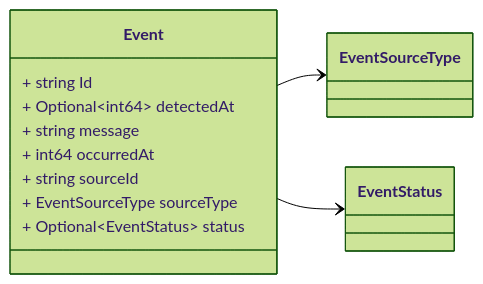
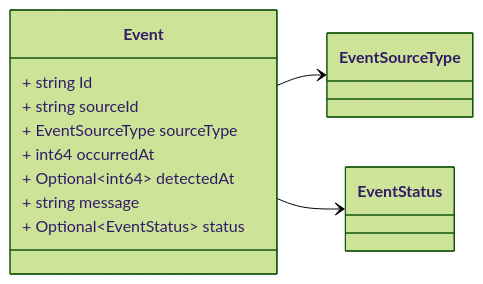
Before and after one commit to zaphiro-technologies/protobuf: the third of 3 diagrams in docs/event.proto.md, drawn with Mermaid (forest theme). The commit also changed other lines of this file and 12 other files, not shown here.

First line of the commit message:
Replace custom proto-gen-md-diagrams with official one (#50)

````diff
--- a/docs/event.proto.md
+++ b/docs/event.proto.md
@@ -89,27 +89,27 @@
 ```mermaid
 classDiagram
 direction LR
 
 %% A generic event.
 %% Headers used in rabbitMQ (only if not sent as part of `DataSet`):
 %% * `id` (string): id of the `Event`
 %% * `type` (string): always `Event` - used for routing.
 %% * `eventType` (string): the specific type of `Event`, this is required in addition 
 %%  to `type` for de-serialization of the messages.
 %% * `sourceId` (string): the id of the source (e.g. a PMU) that generated the event.
 %% * `timestampId` (int64): related measurement Unix msec timestamp (if any)
 %% 
 
 class Event {
   + string Id
+  + string sourceId
+  + EventSourceType sourceType
+  + int64 occurredAt
   + Optional~int64~ detectedAt
   + string message
-  + int64 occurredAt
-  + string sourceId
-  + EventSourceType sourceType
   + Optional~EventStatus~ status
 }
 Event --> `EventSourceType`
 Event --> `EventStatus`
 
 ```
````
